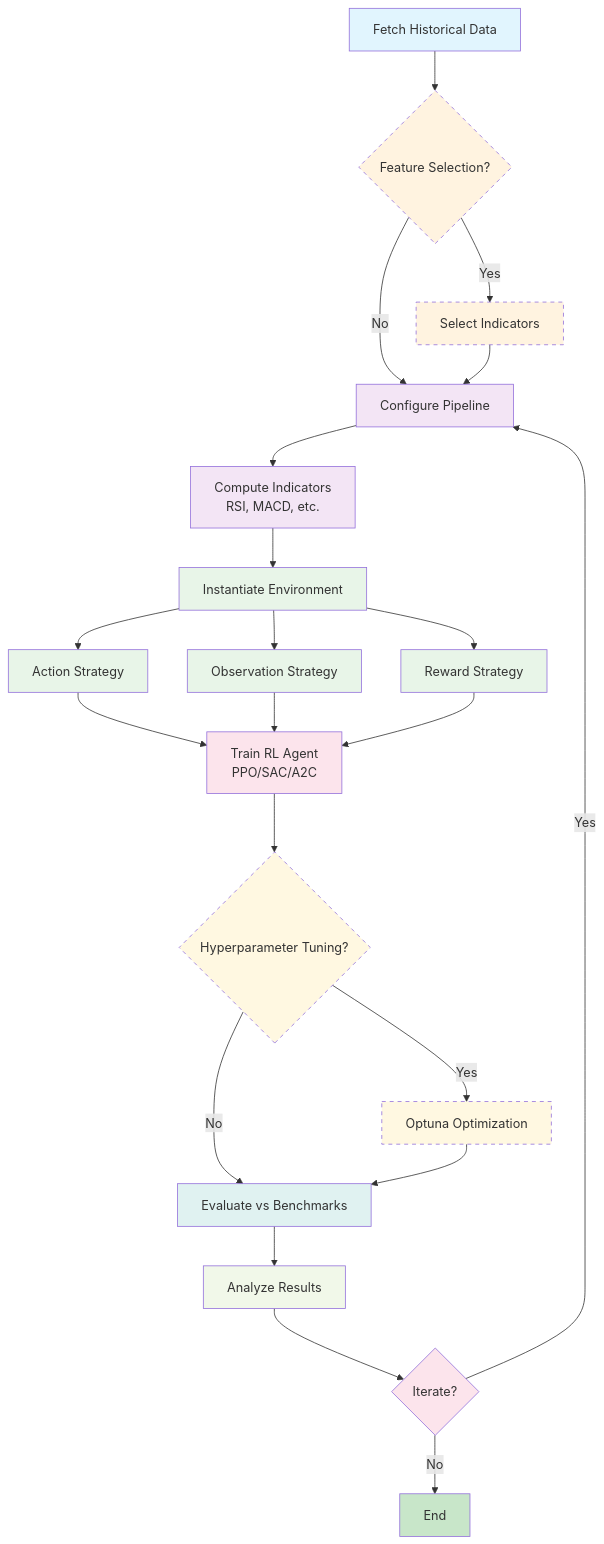
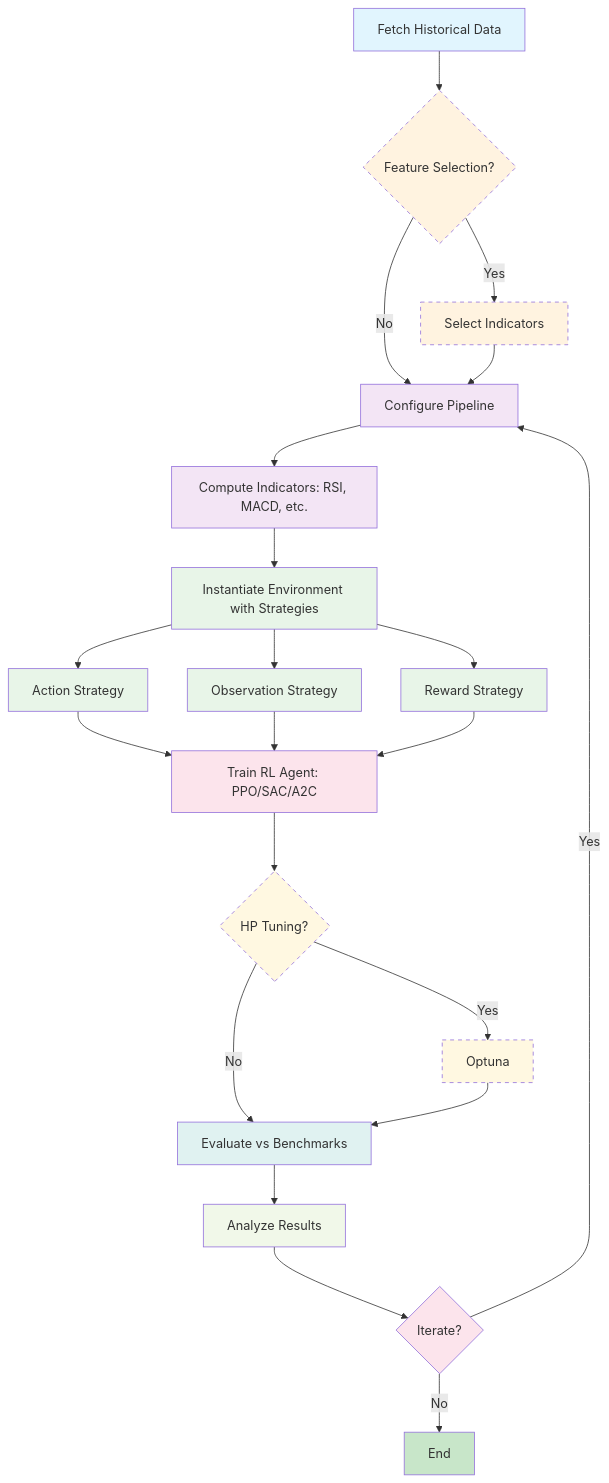
Before and after one commit to whanyu1212/QuantRL-Lab: the first of 9 diagrams in README.md, drawn with Mermaid.

Commit message:
make workflow diagram more compact

````diff
--- a/README.md
+++ b/README.md
@@ -61,52 +61,53 @@
 ```mermaid
-flowchart TD
+flowchart TB
     A[Fetch Historical Data] --> B{Feature Selection?}
 
     B -->|Yes| C[Select Indicators]
     B -->|No| D[Configure Pipeline]
     C --> D
 
-    D --> E[Compute Indicators<br/>RSI, MACD, etc.]
+    D --> E[Compute Indicators: RSI, MACD, etc.]
 
-    E --> F[Instantiate Environment]
+    E --> F[Instantiate Environment with Strategies]
 
     F --> G[Action Strategy]
     F --> H[Observation Strategy]
     F --> I[Reward Strategy]
 
-    G --> J[Train RL Agent<br/>PPO/SAC/A2C]
+    G --> J
     H --> J
     I --> J
 
-    J --> K{Hyperparameter Tuning?}
+    J[Train RL Agent: PPO/SAC/A2C] --> K{HP Tuning?}
 
-    K -->|Yes| L[Optuna Optimization]
-    K -->|No| M[Evaluate vs Benchmarks]
+    K -->|No| M
+    K -->|Yes| L[Optuna]
     L --> M
 
-    M --> N[Analyze Results]
+    M[Evaluate vs Benchmarks] --> N[Analyze Results]
+
     N --> O{Iterate?}
 
     O -->|Yes| D
     O -->|No| P[End]
 
     style A fill:#e1f5fe
     style B fill:#fff3e0
     style C fill:#fff3e0
     style D fill:#f3e5f5
     style E fill:#f3e5f5
     style F fill:#e8f5e8
     style G fill:#e8f5e8
     style H fill:#e8f5e8
     style I fill:#e8f5e8
     style J fill:#fce4ec
     style K fill:#fff8e1
     style L fill:#fff8e1
     style M fill:#e0f2f1
     style N fill:#f1f8e9
     style O fill:#fce4ec
     style P fill:#c8e6c9
 
     classDef optional stroke-dasharray: 5 5
     class B,C,K,L optional
 ```
````
